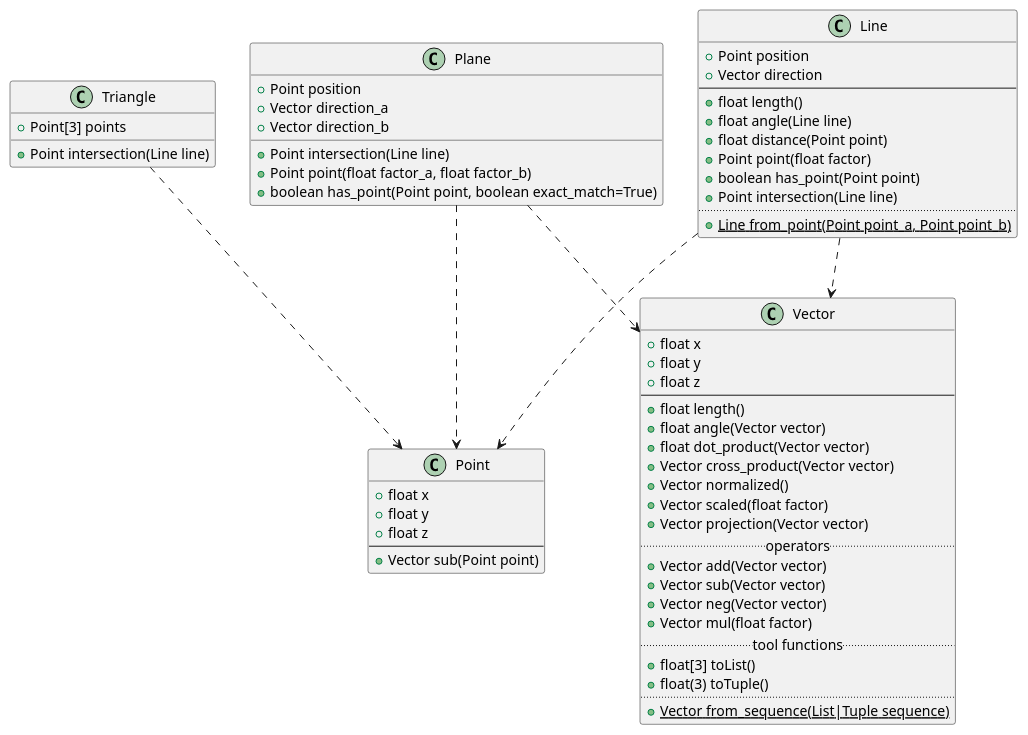
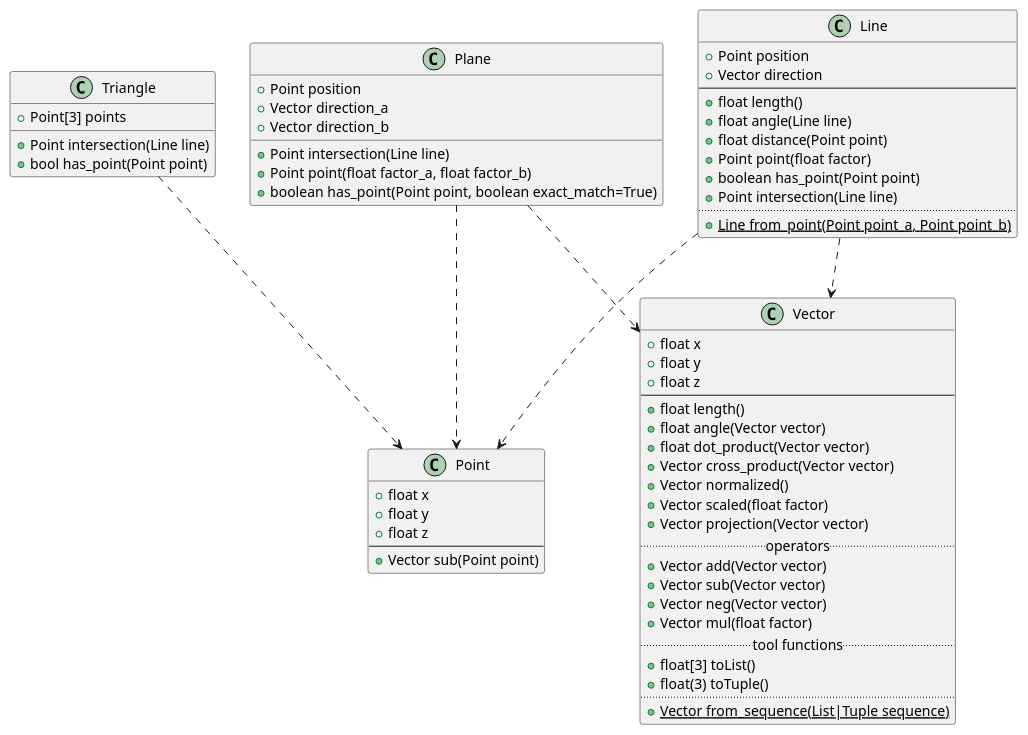
The diagram in docs/index.md (Nachtfeuer/engine), drawn with PlantUML before and after one commit. The commit also changed 4 other files, not shown here.

````diff
--- a/docs/index.md
+++ b/docs/index.md
@@ -5,70 +5,71 @@
 ```plantuml
 @startuml
 Line ..> Point
 Line ..> Vector
 Triangle ..> Point
 Plane ..> Point
 Plane ..> Vector
 
 class Vector {
     + float x
     + float y
     + float z
     --
     + float length()
     + float angle(Vector vector)
     + float dot_product(Vector vector)
     + Vector cross_product(Vector vector)
     + Vector normalized()
     + Vector scaled(float factor)
     + Vector projection(Vector vector)
     .. operators ..
     + Vector add(Vector vector)
     + Vector sub(Vector vector)
     + Vector neg(Vector vector)
     + Vector mul(float factor)
     .. tool functions ..
     + float[3] toList()
     + float(3) toTuple()
     ..
     {static} + Vector from_sequence(List|Tuple sequence)
 }
 
 class Point {
     + float x
     + float y
     + float z
     --
     + Vector sub(Point point)
 }
 
 class Line {
     + Point position
     + Vector direction
     --
     + float length()
     + float angle(Line line)
     + float distance(Point point)
     + Point point(float factor)
     + boolean has_point(Point point)
     + Point intersection(Line line)
     ..
     {static} + Line from_point(Point point_a, Point point_b)
 }
 
 class Plane {
     + Point position
     + Vector direction_a
     + Vector direction_b
 
     + Point intersection(Line line)
     + Point point(float factor_a, float factor_b)
     + boolean has_point(Point point, boolean exact_match=True)
 }
 
 class Triangle {
     + Point[3] points
     + Point intersection(Line line)
+    + bool has_point(Point point)
 }
 @enduml
 ```
````
